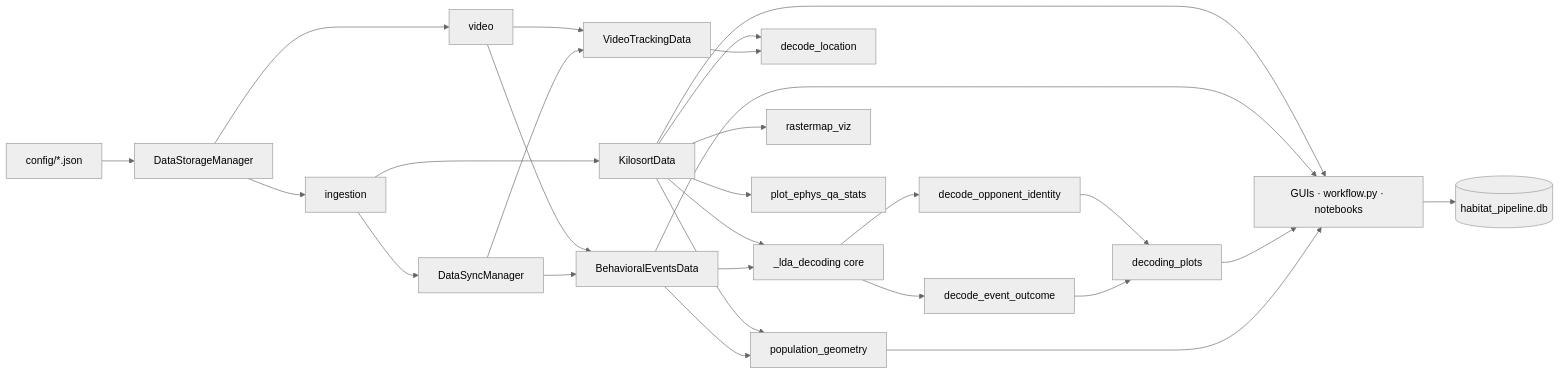
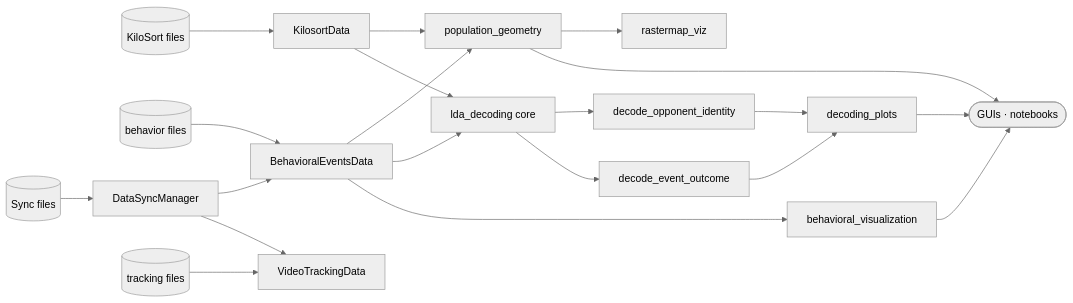
Before and after one commit to JaneliaSciComp/habitat_pipeline: the diagram in ARCHITECTURE.md, drawn with Mermaid (neutral theme).

Commit message:
Update architecture mermaid flowchart

````diff
--- a/ARCHITECTURE.md
+++ b/ARCHITECTURE.md
@@ -7,30 +7,23 @@
 ```mermaid
 flowchart LR
-    Config[config/*.json] --> DSM[DataStorageManager]
-    DSM --> Ingest[ingestion]
-    DSM --> Video[video]
-    Ingest --> KS[KilosortData]
-    Video --> BE[BehavioralEventsData]
-    Video --> VT[VideoTrackingData]
-    Ingest --> Sync[DataSyncManager]
+    ks[(KiloSort files)] --> KS[KilosortData]
+    behavior[(behavior files)] --> BE[BehavioralEventsData]
+    sync[(Sync files)] --> Sync[DataSyncManager]
     Sync --> BE
+    video[(tracking files)] --> VT[VideoTrackingData]
     Sync --> VT
-    KS --> Core[_lda_decoding core]
+    KS --> PopGeo[population_geometry]
+    BE --> PopGeo
+    KS --> Core[lda_decoding core]
     BE --> Core
+    BE --> BV[behavioral_visualization]
+    PopGeo --> Raster[rastermap_viz]
     Core --> Opp[decode_opponent_identity]
     Core --> Out[decode_event_outcome]
-    KS --> Loc[decode_location]
-    VT --> Loc
-    KS --> PopGeo[population_geometry]
-    BE --> PopGeo
-    KS --> Raster[rastermap_viz]
-    KS --> QA[plot_ephys_qa_stats]
     Opp --> Plots[decoding_plots]
     Out --> Plots
-    KS --> Consumers
-    BE --> Consumers
     Plots --> Consumers
     PopGeo --> Consumers
-    Consumers["GUIs · workflow.py · notebooks"]
-    Consumers --> DB[(habitat_pipeline.db)]
+    BV --> Consumers
+    Consumers(["GUIs · notebooks"])
 ```
````
